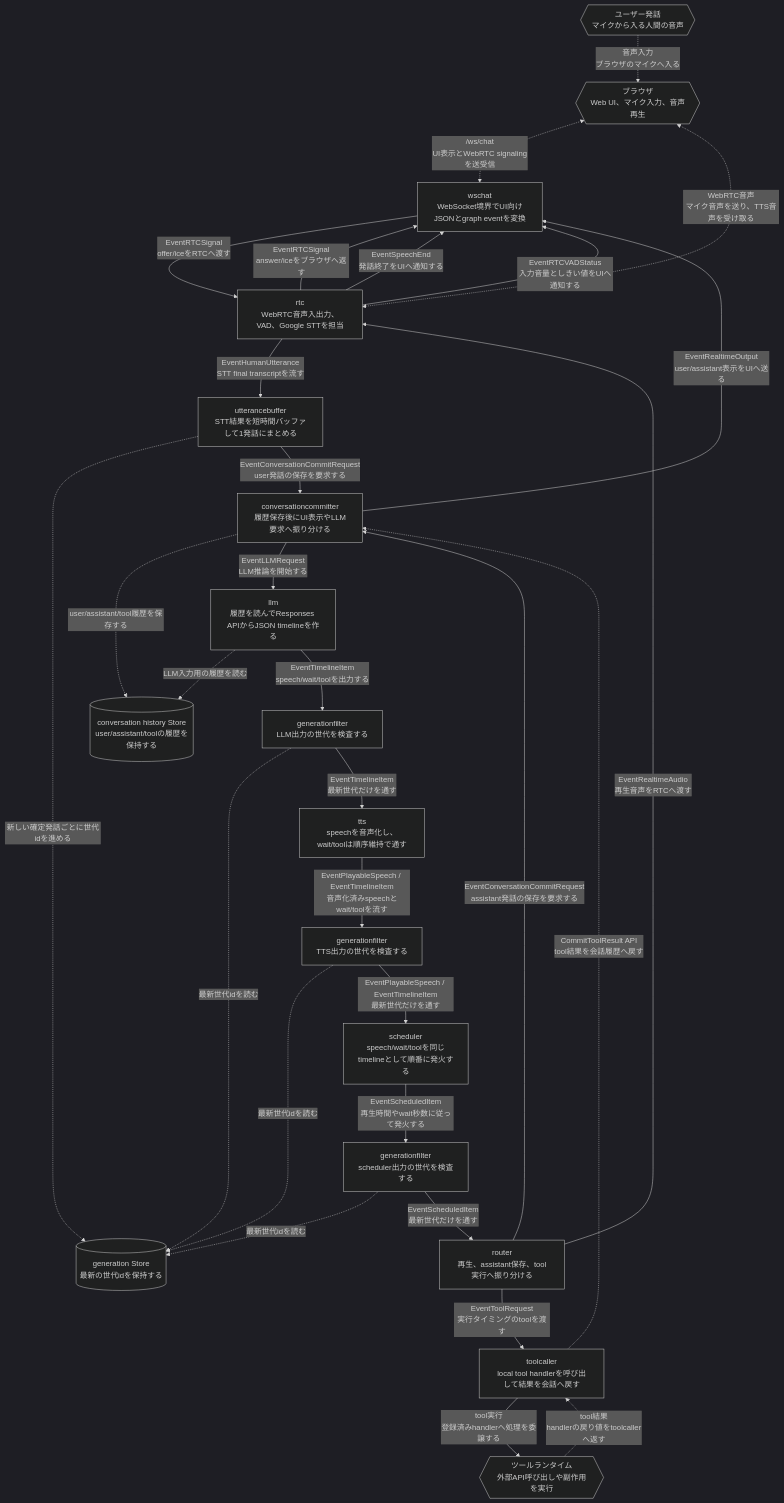
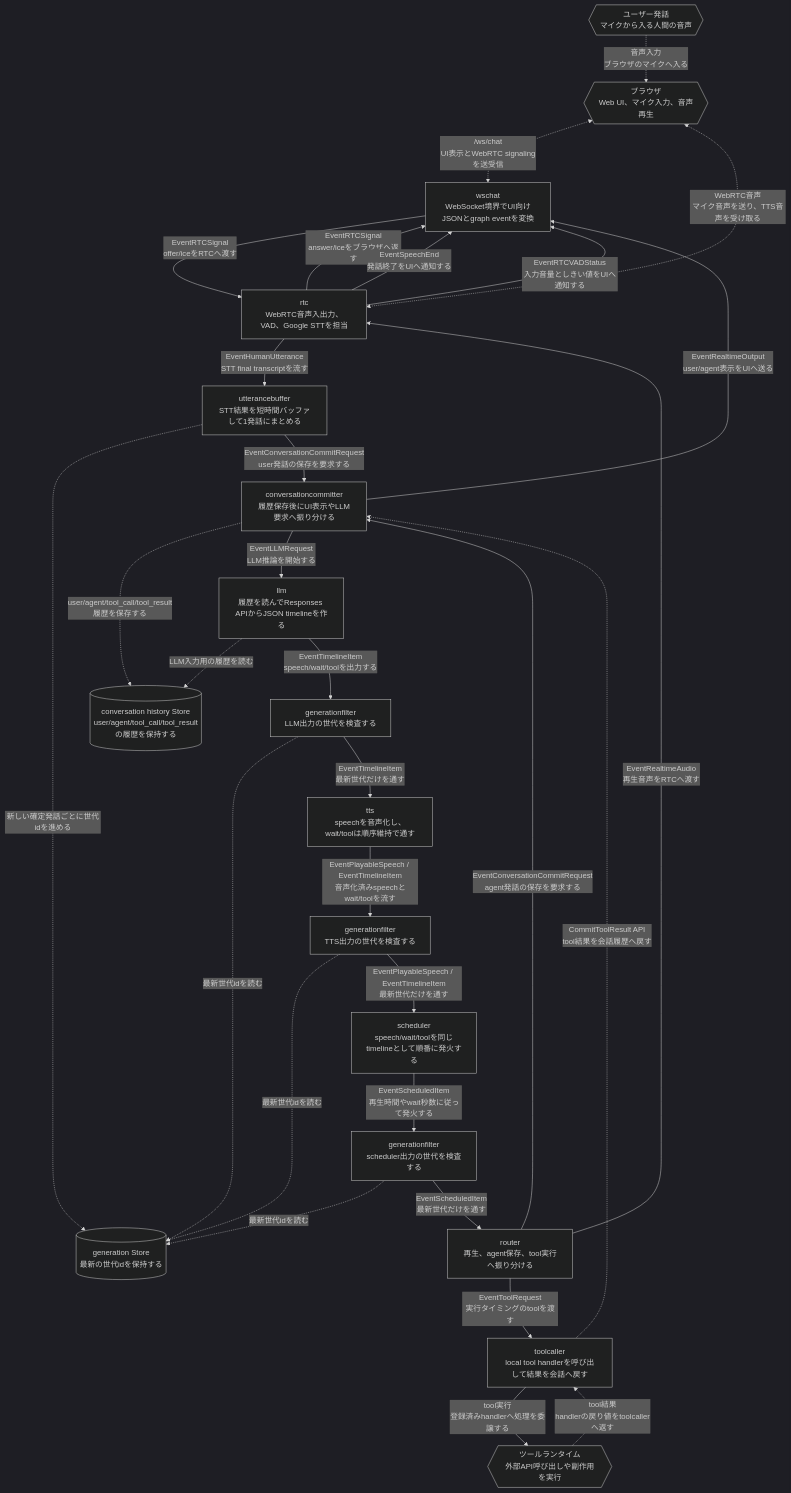
One commit to tetetratra/smart-speaker changed the diagram in docs/architecture.md. Above: the diagram before and after it, drawn with Mermaid (dark theme). The commit also changed other lines of this file and 28 other files, not shown here.

````diff
--- a/docs/architecture.md
+++ b/docs/architecture.md
@@ -8,59 +8,59 @@
 ```mermaid
 flowchart TB
   USER{{"ユーザー発話<br/>マイクから入る人間の音声"}}
   Browser{{"ブラウザ<br/>Web UI、マイク入力、音声再生"}}
   ToolRuntime{{ツールランタイム<br/>外部API呼び出しや副作用を実行}}
 
   WS["wschat<br/>WebSocket境界でUI向けJSONとgraph eventを変換"]
   RTC["rtc<br/>WebRTC音声入出力、VAD、Google STTを担当"]
   UB["utterancebuffer<br/>STT結果を短時間バッファして1発話にまとめる"]
   COMMIT["conversationcommitter<br/>履歴保存後にUI表示やLLM要求へ振り分ける"]
   LLM["llm<br/>履歴を読んでResponses APIからJSON timelineを作る"]
   GF1["generationfilter<br/>LLM出力の世代を検査する"]
   TTS["tts<br/>speechを音声化し、wait/toolは順序維持で通す"]
   GF2["generationfilter<br/>TTS出力の世代を検査する"]
   SCH["scheduler<br/>speech/wait/toolを同じtimelineとして順番に発火する"]
   GF3["generationfilter<br/>scheduler出力の世代を検査する"]
-  ROUTER["router<br/>再生、assistant保存、tool実行へ振り分ける"]
+  ROUTER["router<br/>再生、agent保存、tool実行へ振り分ける"]
   TOOL["toolcaller<br/>local tool handlerを呼び出して結果を会話へ戻す"]
 
   GSTORE[("generation Store<br/>最新の世代idを保持する")]
-  HSTORE[("conversation history Store<br/>user/assistant/toolの履歴を保持する")]
+  HSTORE[("conversation history Store<br/>user/agent/tool_call/tool_resultの履歴を保持する")]
 
   USER -.->|"音声入力<br/>ブラウザのマイクへ入る"| Browser
   Browser <-.->|"/ws/chat<br/>UI表示とWebRTC signalingを送受信"| WS
   Browser <-.->|"WebRTC音声<br/>マイク音声を送り、TTS音声を受け取る"| RTC
 
   WS -->|"EventRTCSignal<br/>offer/iceをRTCへ渡す"| RTC
   RTC -->|"EventRTCSignal<br/>answer/iceをブラウザへ返す"| WS
   RTC -->|"EventSpeechEnd<br/>発話終了をUIへ通知する"| WS
   RTC -->|"EventRTCVADStatus<br/>入力音量としきい値をUIへ通知する"| WS
   RTC -->|"EventHumanUtterance<br/>STT final transcriptを流す"| UB
 
   UB -.->|"新しい確定発話ごとに世代idを進める"| GSTORE
   UB -->|"EventConversationCommitRequest<br/>user発話の保存を要求する"| COMMIT
 
-  COMMIT -.->|"user/assistant/tool履歴を保存する"| HSTORE
+  COMMIT -.->|"user/agent/tool_call/tool_result履歴を保存する"| HSTORE
   LLM -.->|"LLM入力用の履歴を読む"| HSTORE
   GF1 -.->|"最新世代idを読む"| GSTORE
   GF2 -.->|"最新世代idを読む"| GSTORE
   GF3 -.->|"最新世代idを読む"| GSTORE
 
-  COMMIT -->|"EventRealtimeOutput<br/>user/assistant表示をUIへ送る"| WS
+  COMMIT -->|"EventRealtimeOutput<br/>user/agent表示をUIへ送る"| WS
   COMMIT -->|"EventLLMRequest<br/>LLM推論を開始する"| LLM
 
   LLM -->|"EventTimelineItem<br/>speech/wait/toolを出力する"| GF1
   GF1 -->|"EventTimelineItem<br/>最新世代だけを通す"| TTS
   TTS -->|"EventPlayableSpeech / EventTimelineItem<br/>音声化済みspeechとwait/toolを流す"| GF2
   GF2 -->|"EventPlayableSpeech / EventTimelineItem<br/>最新世代だけを通す"| SCH
   SCH -->|"EventScheduledItem<br/>再生時間やwait秒数に従って発火する"| GF3
   GF3 -->|"EventScheduledItem<br/>最新世代だけを通す"| ROUTER
 
   ROUTER -->|"EventRealtimeAudio<br/>再生音声をRTCへ渡す"| RTC
-  ROUTER -->|"EventConversationCommitRequest<br/>assistant発話の保存を要求する"| COMMIT
+  ROUTER -->|"EventConversationCommitRequest<br/>agent発話の保存を要求する"| COMMIT
   ROUTER -->|"EventToolRequest<br/>実行タイミングのtoolを渡す"| TOOL
 
   TOOL -->|"tool実行<br/>登録済みhandlerへ処理を委譲する"| ToolRuntime
   ToolRuntime -.->|"tool結果<br/>handlerの戻り値をtoolcallerへ返す"| TOOL
   TOOL -.->|"CommitToolResult API<br/>tool結果を会話履歴へ戻す"| COMMIT
 ```
````
